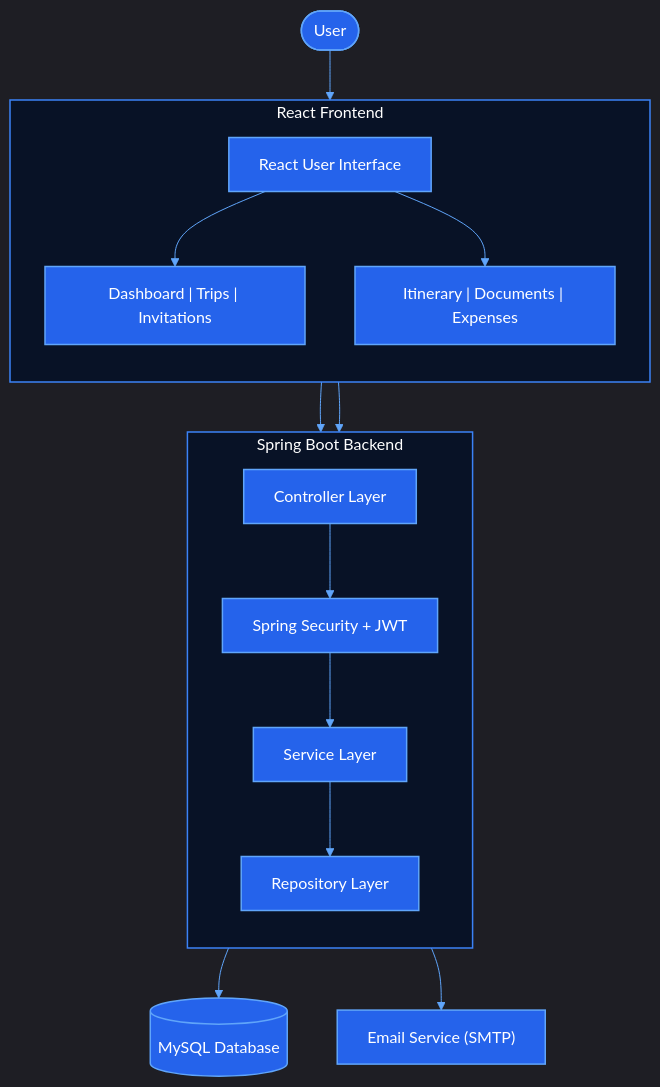
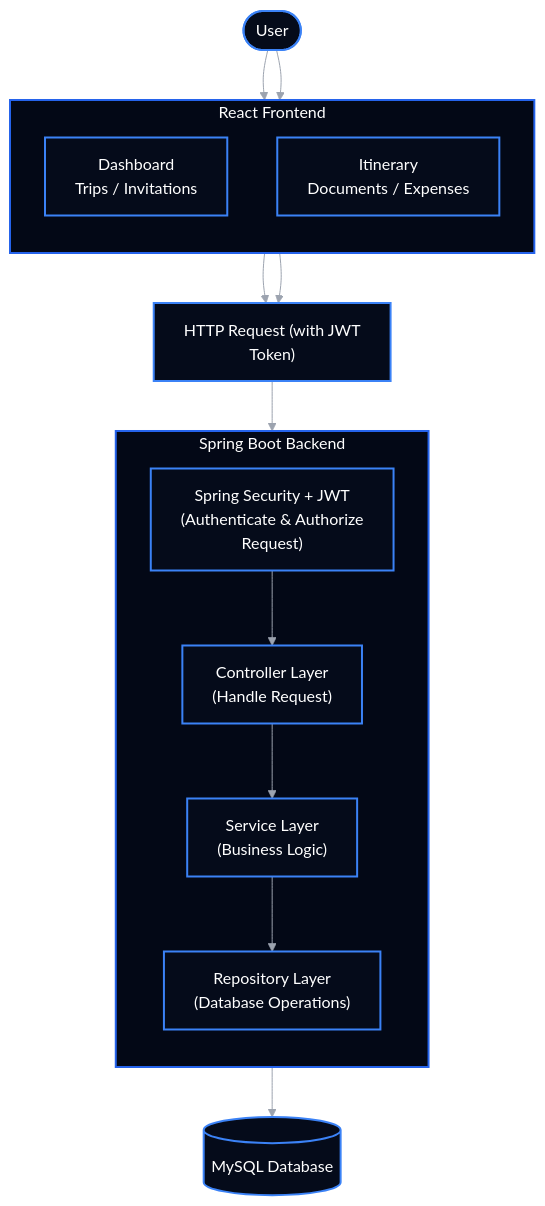
Before and after one commit to gautam-771/TripSync: the first of 2 diagrams in README.md, drawn with Mermaid.

Commit message:
Initial commit - TripSync application

````diff
--- a/README.md
+++ b/README.md
@@ -37,50 +37,53 @@
 ```mermaid
 %%{init: {
-  "theme": "dark",
-  "themeVariables": {
-    "darkMode": true,
-    "background": "#000000",
-    "primaryColor": "#2563EB",
-    "primaryTextColor": "#FFFFFF",
-    "primaryBorderColor": "#60A5FA",
-    "lineColor": "#60A5FA",
-    "clusterBkg": "#081226",
-    "clusterBorder": "#3B82F6"
+  'theme': 'base',
+  'themeVariables': {
+    'background': '#000000',
+    'primaryColor': '#050b1a',
+    'primaryTextColor': '#ffffff',
+    'primaryBorderColor': '#3b82f6',
+    'lineColor': '#9ca3af',
+    'secondaryColor': '#050b1a',
+    'tertiaryColor': '#050b1a',
+    'clusterBkg': '#030816',
+    'clusterBorder': '#2563eb'
   }
 }}%%
-flowchart TB
-    USER(["User"]):::blueBox
+flowchart TD
+    User([User])
 
-    subgraph FRONTEND["React Frontend"]
+    subgraph Frontend ["React Frontend"]
         direction TB
-        UI["React User Interface"]:::blueBox
-        PAGES["Dashboard | Trips | Invitations"]:::blueBox
-        FEATURES["Itinerary | Documents | Expenses"]:::blueBox
+        F1["Dashboard<br/>Trips / Invitations"]
+        F2["Itinerary<br/>Documents / Expenses"]
     end
 
-    subgraph BACKEND["Spring Boot Backend"]
+    HTTP["HTTP Request (with JWT<br/>Token)"]
+
+    subgraph Backend ["Spring Boot Backend"]
         direction TB
-        CONTROLLER["Controller Layer"]:::blueBox
-        SECURITY["Spring Security + JWT"]:::blueBox
-        SERVICE["Service Layer"]:::blueBox
-        REPOSITORY["Repository Layer"]:::blueBox
+        Sec["Spring Security + JWT<br/>(Authenticate & Authorize<br/>Request)"]
+        Ctrl["Controller Layer<br/>(Handle Request)"]
+        Svc["Service Layer<br/>(Business Logic)"]
+        Repo["Repository Layer<br/>(Database Operations)"]
+
+        Sec --> Ctrl
+        Ctrl --> Svc
+        Svc --> Repo
     end
 
-    DB[("MySQL Database")]:::blueBox
-    EMAIL["Email Service (SMTP)"]:::blueBox
+    DB[(MySQL Database)]
 
-    USER --> UI
-    UI --> PAGES
-    UI --> FEATURES
-    PAGES --> CONTROLLER
-    FEATURES --> CONTROLLER
-    CONTROLLER --> SECURITY
-    SECURITY --> SERVICE
-    SERVICE --> REPOSITORY
-    REPOSITORY --> DB
-    SERVICE --> EMAIL
+    User --> F1
+    User --> F2
+    F1 --> HTTP
+    F2 --> HTTP
+    HTTP --> Backend
+    Repo --> DB
 
-    classDef blueBox fill:#2563EB,stroke:#60A5FA,stroke-width:1.5px,color:#FFFFFF
-    style FRONTEND fill:#081226,stroke:#3B82F6,stroke-width:1.5px,color:#FFFFFF
-    style BACKEND fill:#081226,stroke:#3B82F6,stroke-width:1.5px,color:#FFFFFF
+    classDef darkBox fill:#050b1a,stroke:#3b82f6,stroke-width:2px,color:#ffffff;
+    classDef subgraphStyle fill:#030816,stroke:#2563eb,stroke-width:2px,color:#ffffff;
+
+    class User,F1,F2,HTTP,Sec,Ctrl,Svc,Repo,DB darkBox;
+    class Frontend,Backend subgraphStyle;
 ```
````
